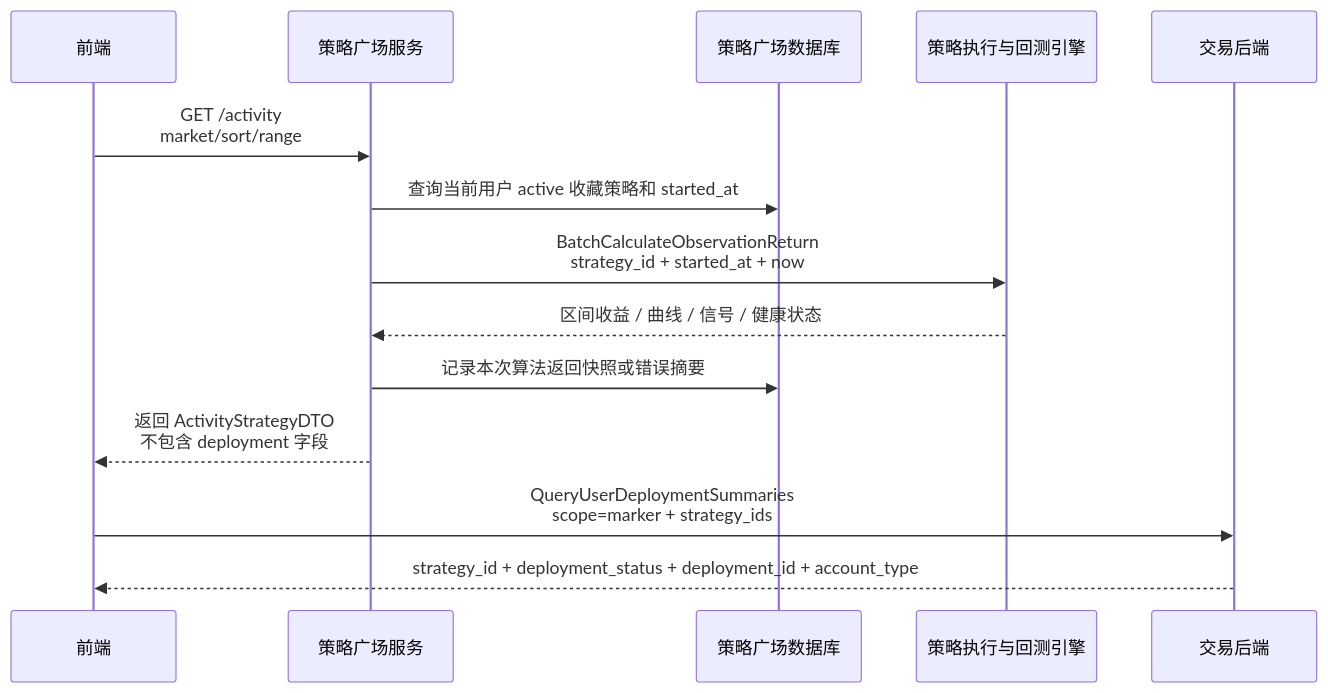
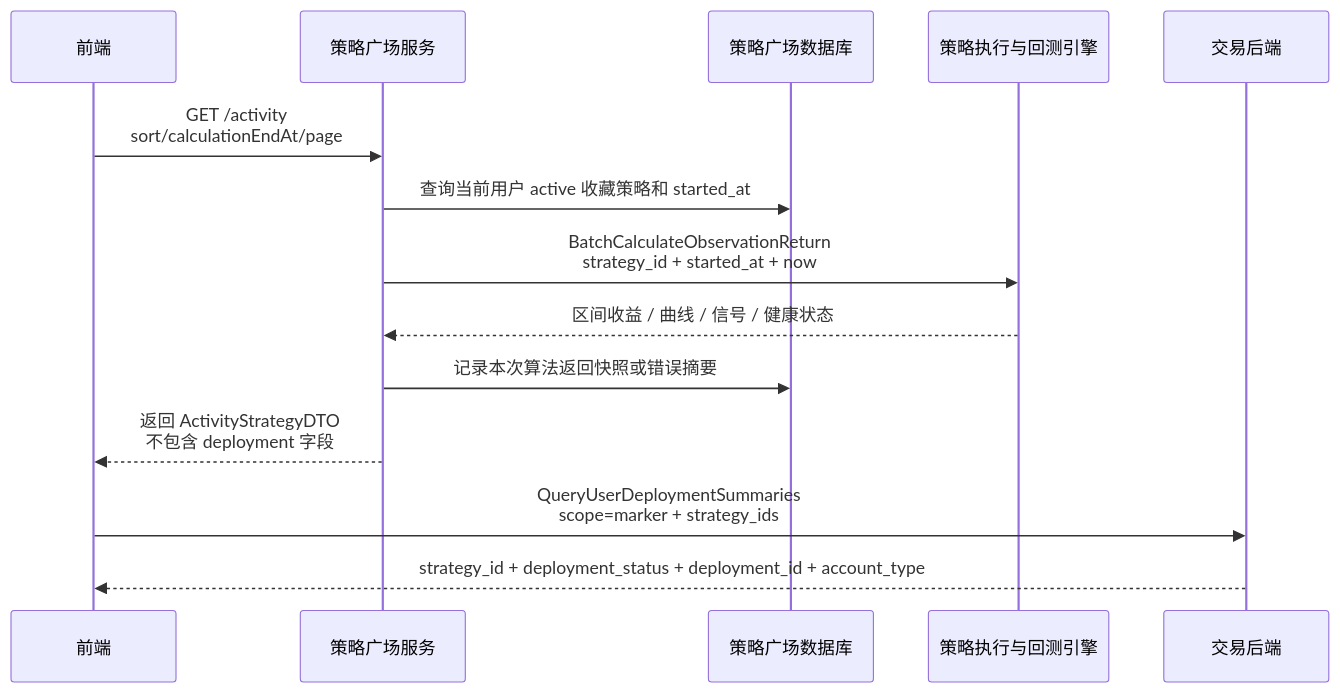
One commit to hongqnet/quantitative-strategy changed the sixth of 10 diagrams in doc/strategy-marketplace-phase1-technical-architecture.md. Above: the diagram before and after it, drawn with Mermaid. The commit also changed other lines of this file and 28 other files, not shown here.

````diff
--- a/doc/strategy-marketplace-phase1-technical-architecture.md
+++ b/doc/strategy-marketplace-phase1-technical-architecture.md
@@ -389,17 +388,17 @@
 ```mermaid
 sequenceDiagram
     participant FE as 前端
     participant MKT as 策略广场服务
     participant DB as 策略广场数据库
     participant EXE as 策略执行与回测引擎
     participant TRD as 交易后端
 
-    FE->>MKT: GET /activity<br/>market/sort/range
+    FE->>MKT: GET /activity<br/>sort/calculationEndAt/page
     MKT->>DB: 查询当前用户 active 收藏策略和 started_at
     MKT->>EXE: BatchCalculateObservationReturn<br/>strategy_id + started_at + now
     EXE-->>MKT: 区间收益 / 曲线 / 信号 / 健康状态
     MKT->>DB: 记录本次算法返回快照或错误摘要
     MKT-->>FE: 返回 ActivityStrategyDTO<br/>不包含 deployment 字段
     FE->>TRD: QueryUserDeploymentSummaries<br/>scope=marker + strategy_ids
     TRD-->>FE: strategy_id + deployment_status + deployment_id + account_type
 ```
````
